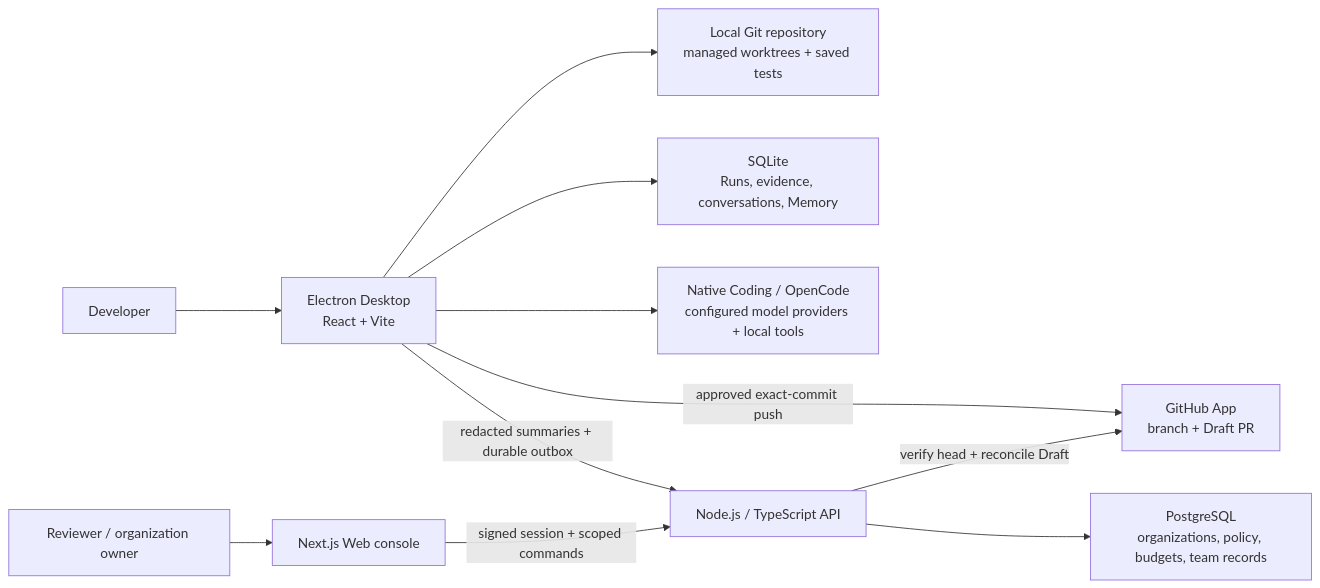
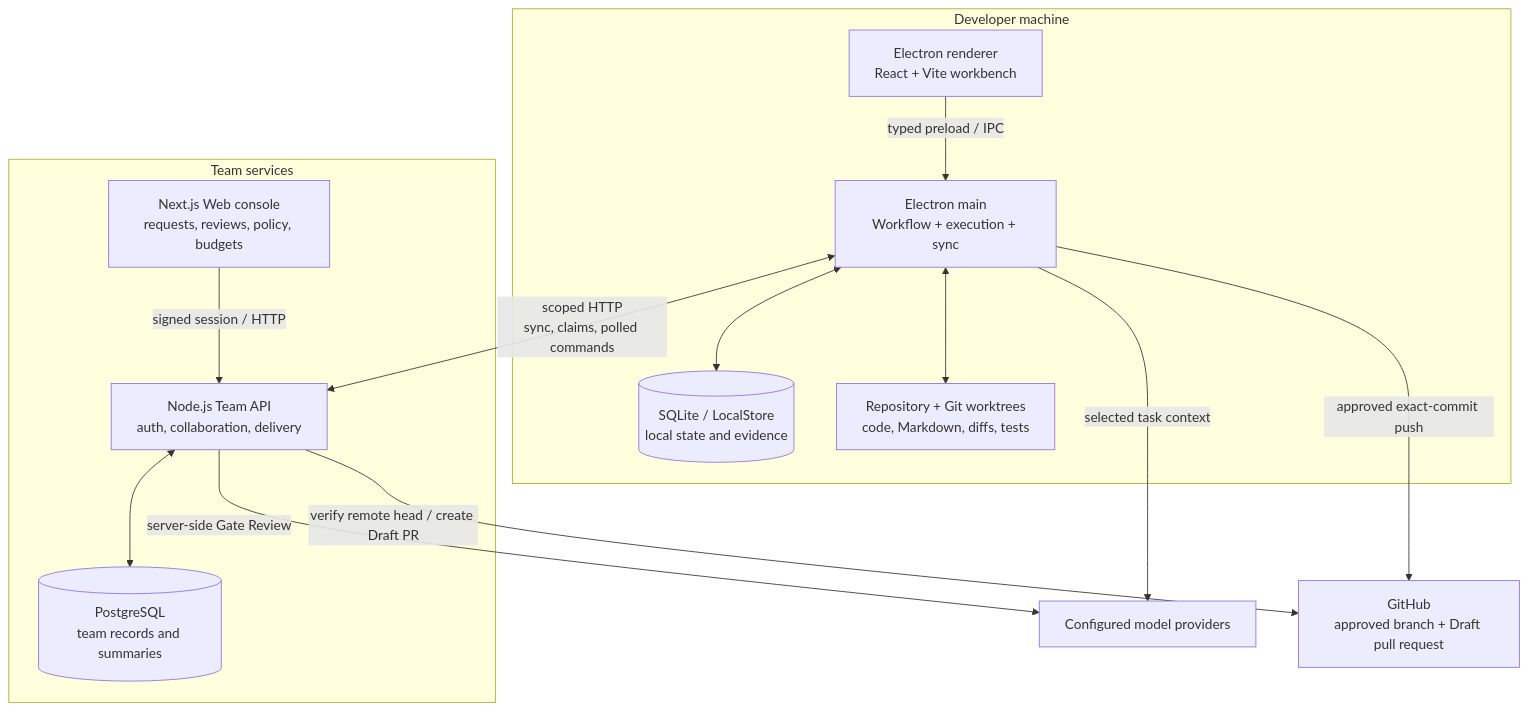
Before and after one commit to erich04/ai-devflow-studio: the first of 2 diagrams in README.md, drawn with Mermaid. The commit also changed other lines of this file, not shown here.

Commit message:
docs: document system architecture and execution boundaries

````diff
--- a/README.md
+++ b/README.md
@@ -138,13 +142,26 @@
 ```mermaid
-flowchart LR
-    Developer["Developer"] --> Desktop["Electron Desktop<br/>React + Vite"]
-    Desktop --> Local["Local Git repository<br/>managed worktrees + saved tests"]
-    Desktop --> SQLite["SQLite<br/>Runs, evidence, conversations, Memory"]
-    Desktop --> Execution["Native Coding / OpenCode<br/>configured model providers + local tools"]
-    Desktop -- "redacted summaries + durable outbox" --> API["Node.js / TypeScript API"]
-    Reviewer["Reviewer / organization owner"] --> Web["Next.js Web console"]
-    Web -- "signed session + scoped commands" --> API
-    API --> Postgres["PostgreSQL<br/>organizations, policy, budgets, team records"]
-    Desktop -- "approved exact-commit push" --> GitHub["GitHub App<br/>branch + Draft PR"]
-    API -- "verify head + reconcile Draft" --> GitHub
+flowchart TB
+    subgraph Local["Developer machine"]
+        UI["Electron renderer<br/>React + Vite workbench"]
+        Main["Electron main<br/>Workflow + execution + sync"]
+        SQLite[("SQLite / LocalStore<br/>local state and evidence")]
+        Git["Repository + Git worktrees<br/>code, Markdown, diffs, tests"]
+        UI -- "typed preload / IPC" --> Main
+        Main <--> SQLite
+        Main <--> Git
+    end
+    subgraph Team["Team services"]
+        Web["Next.js Web console<br/>requests, reviews, policy, budgets"]
+        API["Node.js Team API<br/>auth, collaboration, delivery"]
+        Postgres[("PostgreSQL<br/>team records and summaries")]
+        Web -- "signed session / HTTP" --> API
+        API <--> Postgres
+    end
+    Models["Configured model providers"]
+    GitHub["GitHub<br/>approved branch + Draft pull request"]
+    Main <-- "scoped HTTP<br/>sync, claims, polled commands" --> API
+    Main -- "selected task context" --> Models
+    API -- "server-side Gate Review" --> Models
+    Main -- "approved exact-commit push" --> GitHub
+    API -- "verify remote head / create Draft PR" --> GitHub
 ```
````
